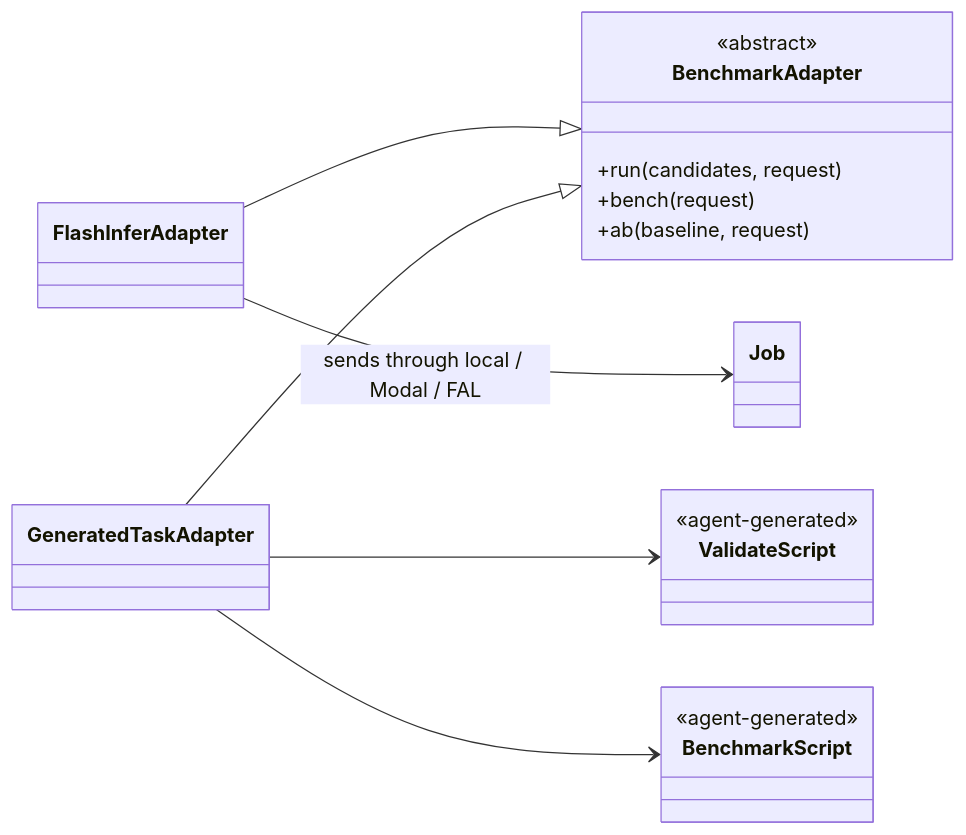
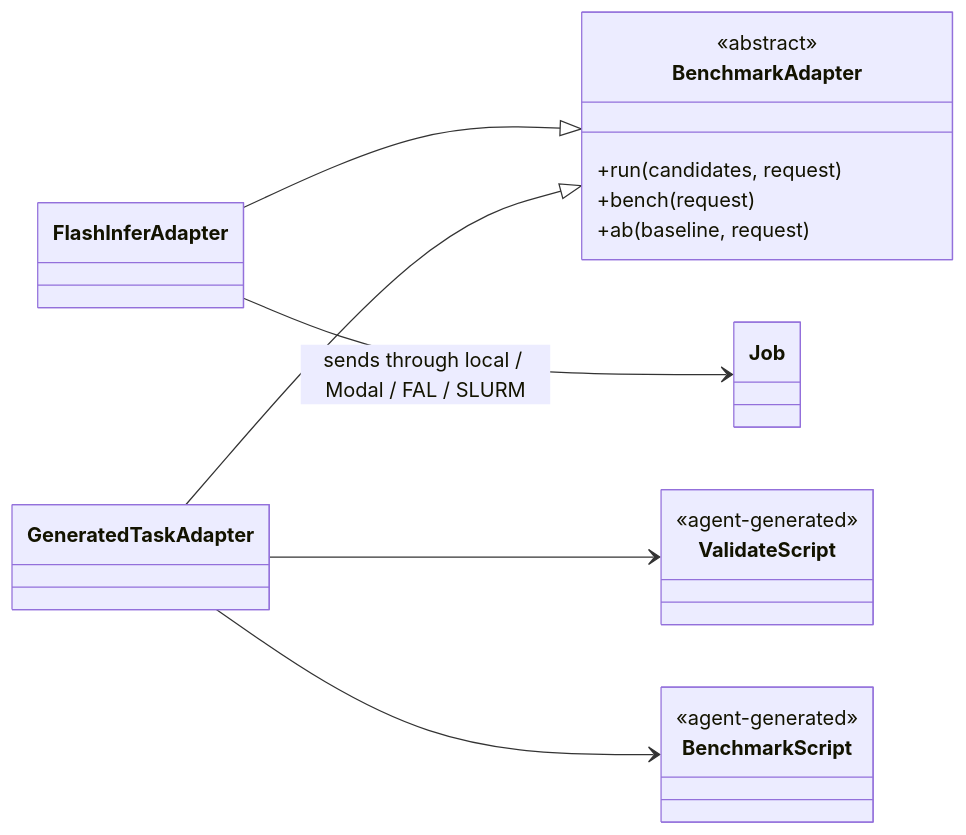
The diagram in kbench/README.md (Marcelo5444/auto-gpu-kernel), drawn with Mermaid before and after one commit. The commit also changed other lines of this file and 13 other files, not shown here.

````diff
--- a/kbench/README.md
+++ b/kbench/README.md
@@ -7,26 +7,26 @@
 ```mermaid
 classDiagram
     direction LR
 
     class BenchmarkAdapter {
         <<abstract>>
         +run(candidates, request)
         +bench(request)
         +ab(baseline, request)
     }
     class FlashInferAdapter
     class GeneratedTaskAdapter
     class Job
     class ValidateScript {
         <<agent-generated>>
     }
     class BenchmarkScript {
         <<agent-generated>>
     }
 
     FlashInferAdapter --|> BenchmarkAdapter
     GeneratedTaskAdapter --|> BenchmarkAdapter
-    FlashInferAdapter --> Job : sends through local / Modal / FAL
+    FlashInferAdapter --> Job : sends through local / Modal / FAL / SLURM
     GeneratedTaskAdapter --> ValidateScript
     GeneratedTaskAdapter --> BenchmarkScript
 ```
````
